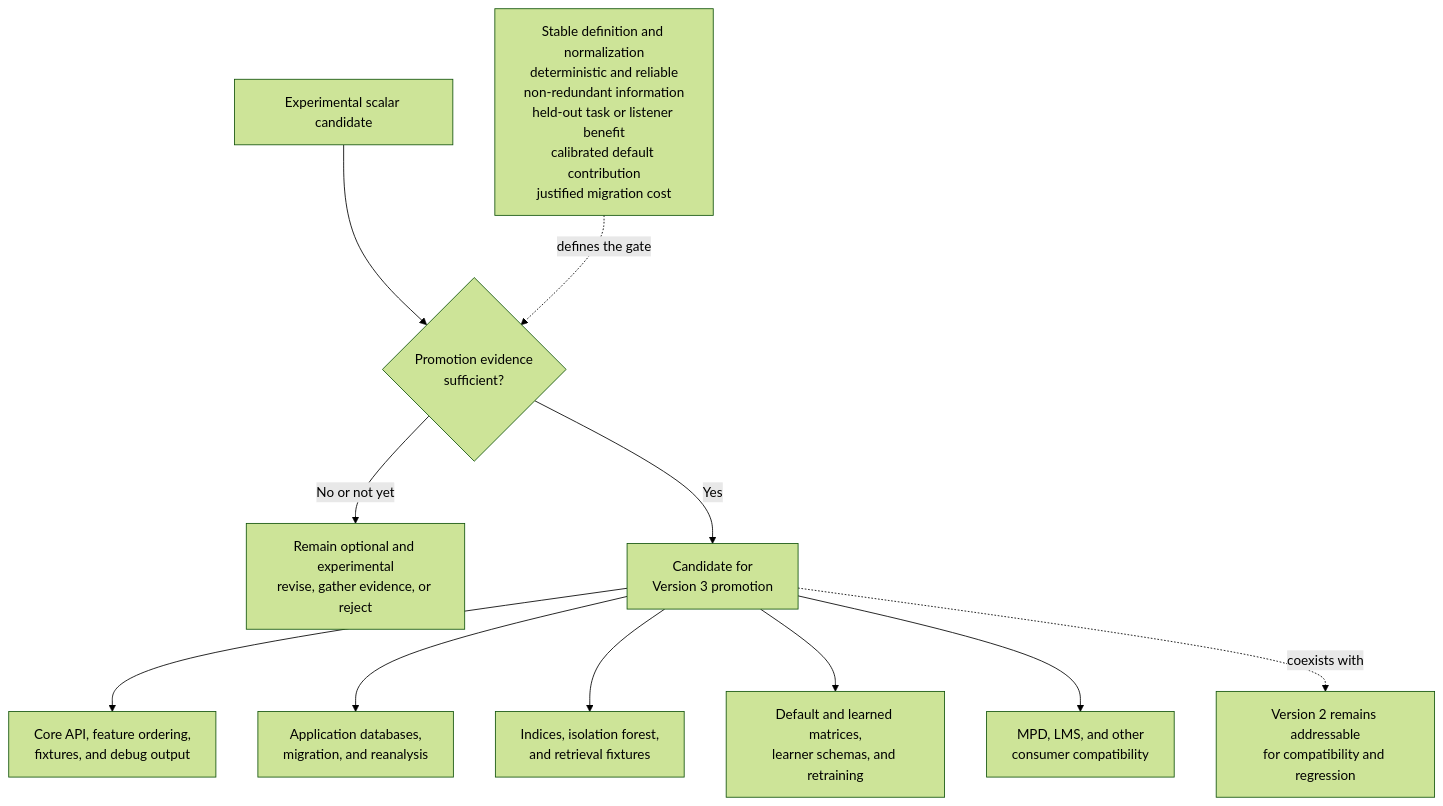
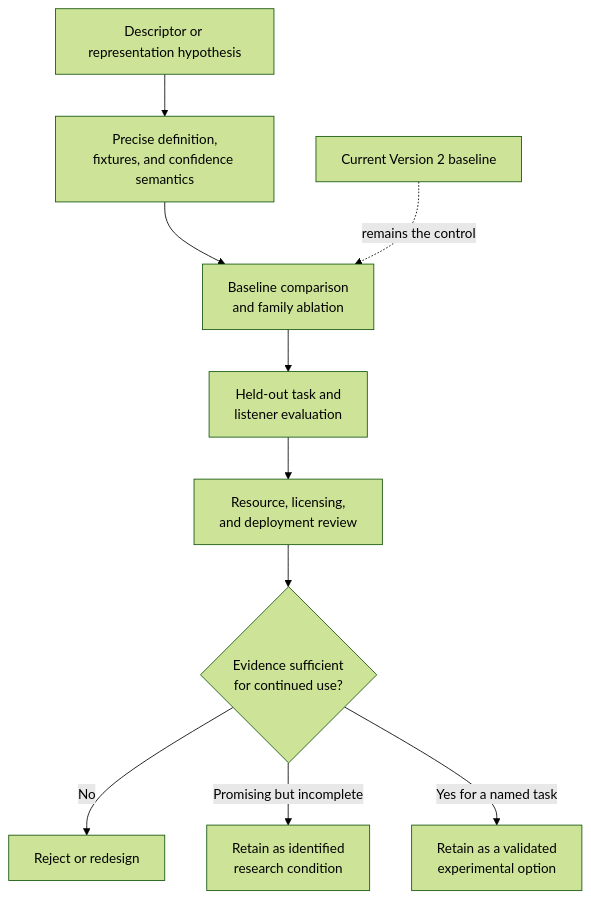
One commit to chrober/bliss-similarity-design changed the diagram in docs/analysis/versioning-and-storage.md. Above: the diagram before and after it, drawn with Mermaid (forest theme). The commit also changed other lines of this file and 20 other files, not shown here.

````diff
--- a/docs/analysis/versioning-and-storage.md
+++ b/docs/analysis/versioning-and-storage.md
@@ -12,18 +16,14 @@
 ```mermaid
 flowchart TB
-    C[Experimental scalar candidate] --> G{Promotion evidence<br/>sufficient?}
+    C[Descriptor or representation hypothesis] --> D[Precise definition,<br/>fixtures, and confidence semantics]
+    D --> A[Baseline comparison<br/>and family ablation]
+    A --> H[Held-out task and<br/>listener evaluation]
+    H --> R[Resource, licensing,<br/>and deployment review]
+    R --> G{Evidence sufficient<br/>for continued use?}
 
-    CRIT[Stable definition and normalization<br/>deterministic and reliable<br/>non-redundant information<br/>held-out task or listener benefit<br/>calibrated default contribution<br/>justified migration cost]
-    CRIT -. defines the gate .-> G
+    G -->|No| REJECT[Reject or redesign]
+    G -->|Promising but incomplete| EXP[Retain as identified<br/>research condition]
+    G -->|Yes for a named task| KEEP[Retain as a validated<br/>experimental option]
 
-    G -->|No or not yet| EXP[Remain optional and experimental<br/>revise, gather evidence, or reject]
-    G -->|Yes| V3[Candidate for<br/>Version 3 promotion]
-
-    V3 --> CORE[Core API, feature ordering,<br/>fixtures, and debug output]
-    V3 --> STORE[Application databases,<br/>migration, and reanalysis]
-    V3 --> SEARCH[Indices, isolation forest,<br/>and retrieval fixtures]
-    V3 --> METRIC[Default and learned matrices,<br/>learner schemas, and retraining]
-    V3 --> APPS[MPD, LMS, and other<br/>consumer compatibility]
-
-    V3 -. coexists with .-> V2[Version 2 remains addressable<br/>for compatibility and regression]
+    BASE[Current Version 2 baseline] -. remains the control .-> A
 ```
````
